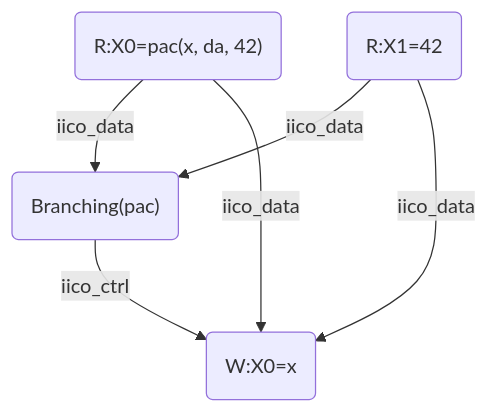
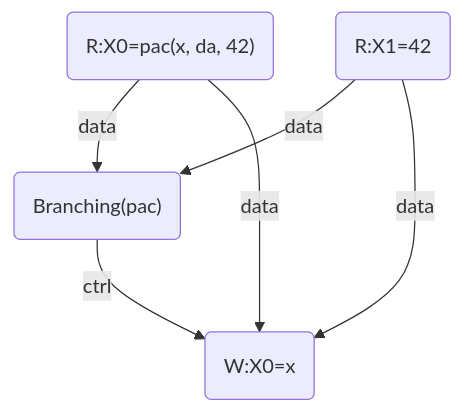
The second of 3 diagrams in pac_tests/notes_wm.md (herd/herdtools7), drawn with Mermaid before and after one commit. The commit also changed other lines of this file and 3 other files, not shown here.

````diff
--- a/pac_tests/notes_wm.md
+++ b/pac_tests/notes_wm.md
@@ -31,13 +47,13 @@
 ```mermaid
 graph TD;
     A("R:X0=pac(x, da, 42)");
     B("R:X1=42");
     C("Branching(pac)");
     D("W:X0=x");
 
-    A -->|iico_data| C;
-    B -->|iico_data| C;
-    B -->|iico_data| D;
-    A -->|iico_data| D;
-    C -->|iico_ctrl| D;
+    A -->|data| C;
+    B -->|data| C;
+    B -->|data| D;
+    A -->|data| D;
+    C -->|ctrl| D;
 ```
````
